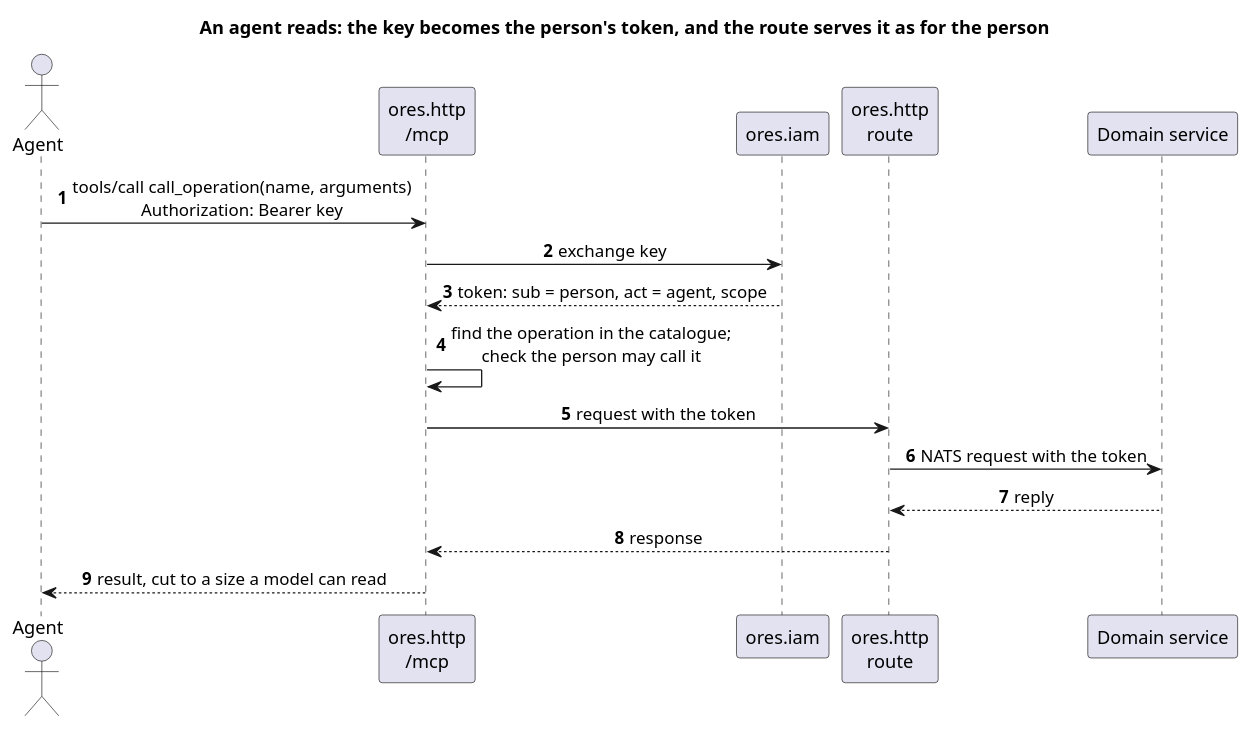
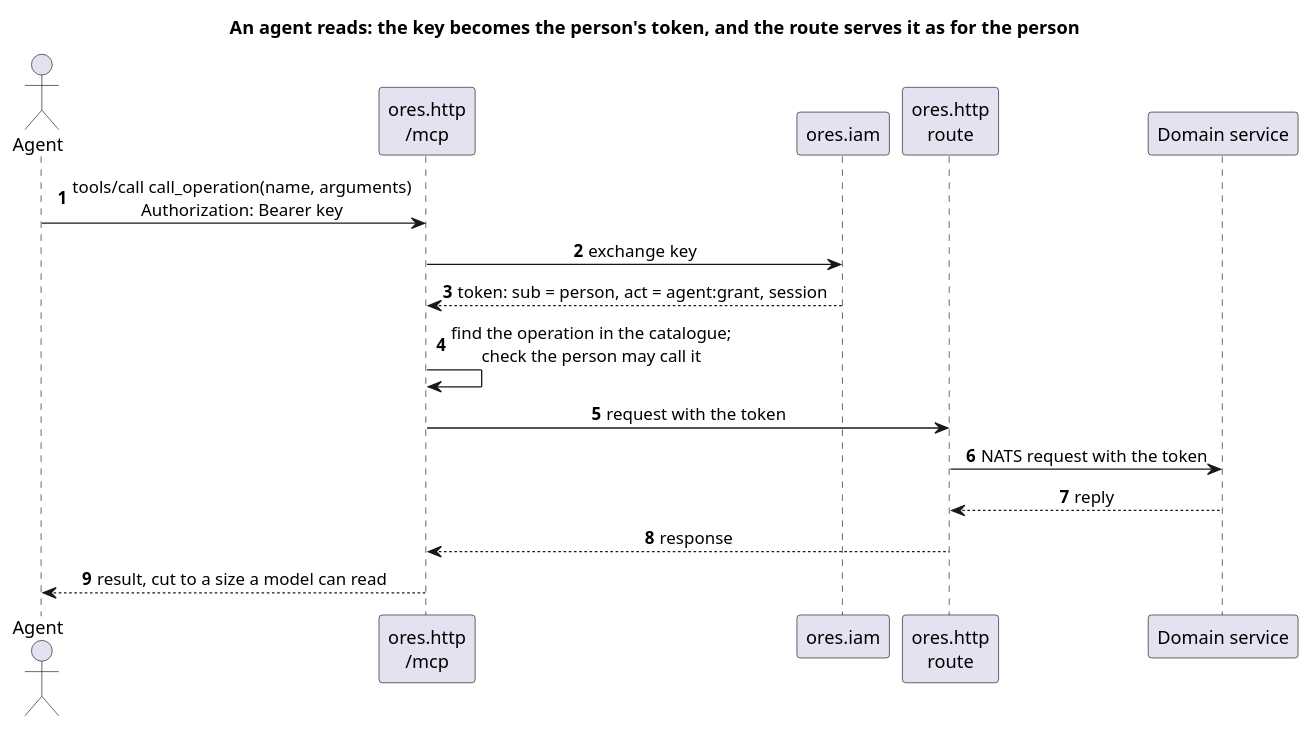
The diagram in doc/knowledge/agents/agent_read_sequence.puml (OreStudio/OreStudio), drawn with PlantUML before and after one commit. The commit also changed 27 other files, not shown here.

First line of the commit message:
[doc] Fit delegated access for LLM agents to the security architecture

```diff
--- a/doc/knowledge/agents/agent_read_sequence.puml
+++ b/doc/knowledge/agents/agent_read_sequence.puml
@@ -18,25 +18,25 @@
 @startuml
 
 title An agent reads: the key becomes the person's token, and the route serves it as for the person
 
 skinparam sequenceMessageAlign center
 skinparam responseMessageBelowArrow true
 autonumber
 
 actor "Agent" as agent
 participant "ores.http\n/mcp" as mcp
 participant "ores.iam" as iam
 participant "ores.http\nroute" as route
 participant "Domain service" as svc
 
 agent -> mcp : tools/call call_operation(name, arguments)\nAuthorization: Bearer key
 mcp -> iam : exchange key
-iam --> mcp : token: sub = person, act = agent, scope
+iam --> mcp : token: sub = person, act = agent:grant, session
 mcp -> mcp : find the operation in the catalogue;\ncheck the person may call it
 mcp -> route : request with the token
 route -> svc : NATS request with the token
 svc --> route : reply
 route --> mcp : response
 mcp --> agent : result, cut to a size a model can read
 
 @enduml
```
